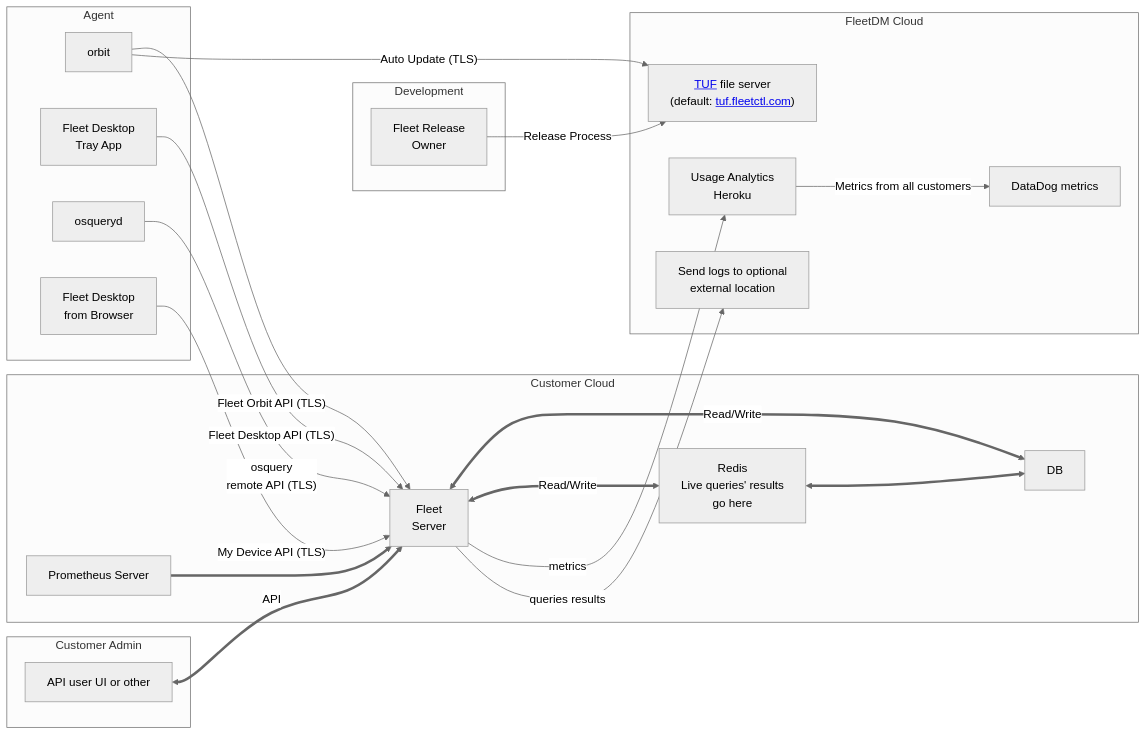
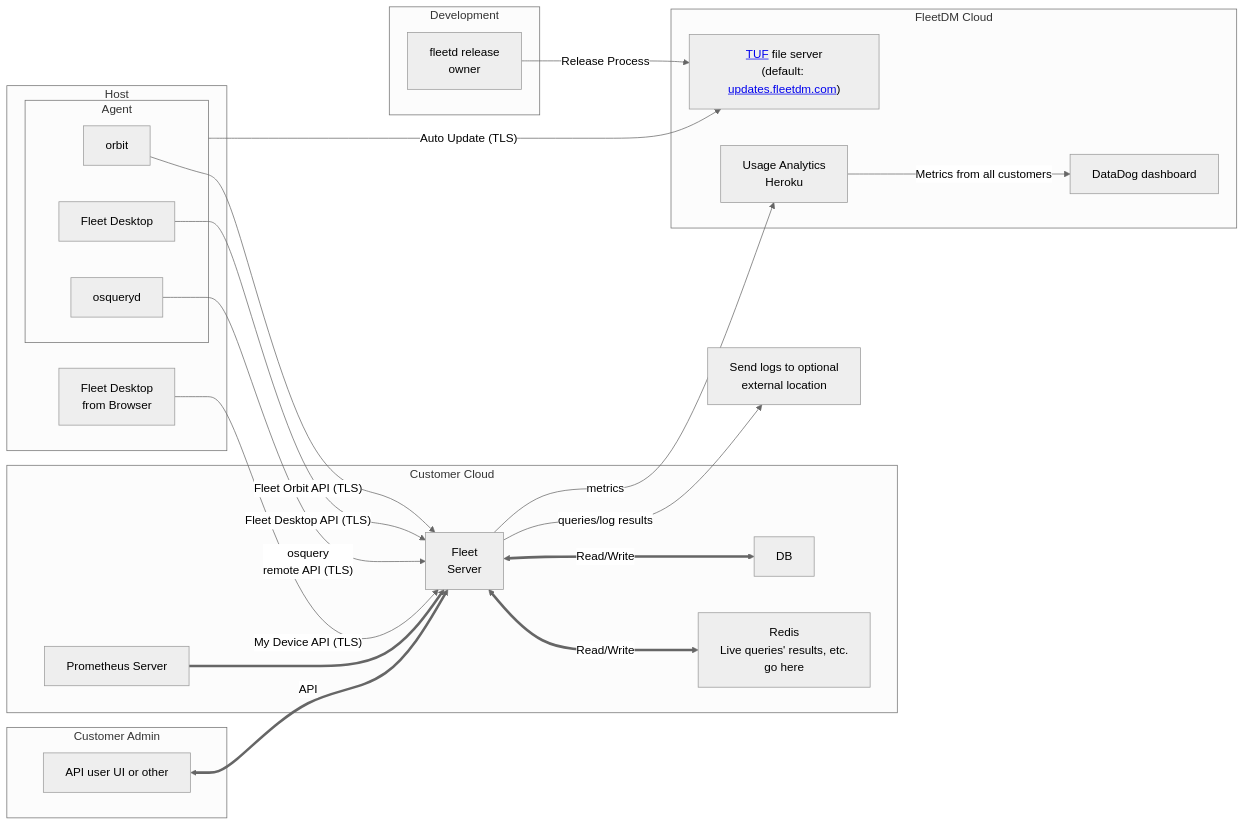
Before and after one commit to fleetdm/fleet: the first of 7 diagrams in docs/Contributing/high-level-architecture.md, drawn with Mermaid (neutral theme).

Commit message:
Tweaks to high level diagram.

````diff
--- a/docs/Contributing/high-level-architecture.md
+++ b/docs/Contributing/high-level-architecture.md
@@ -12,54 +12,56 @@
 ```mermaid
 graph LR;
     
     subgraph Development
-        fleet_release_owner[Fleet Release<br>Owner];
+        fleet_release_owner[fleetd release<br>owner];
     end
 
-    subgraph Agent
-        orbit[orbit];
-        desktop[Fleet Desktop<br>Tray App];
-        osqueryd[osqueryd];
+    subgraph Host
+        subgraph Agent
+            orbit[orbit];
+            desktop[Fleet Desktop];
+            osqueryd[osqueryd];
+        end
         desktop_browser[Fleet Desktop<br> from Browser];
     end
 
     subgraph Customer Cloud
         fleet_server[Fleet<br>Server];
         db[DB];
-        redis[Redis<br>Live queries' results <br>go here];
+        redis[Redis<br>Live queries' results, etc. <br>go here];
         prometheus[Prometheus Server];
     end
 
     subgraph FleetDM Cloud
-        tuf["<a href=https://theupdateframework.io/>TUF</a> file server<br>(default: <a href=https://tuf.fleetctl.com>tuf.fleetctl.com</a>)"];
-        datadog[DataDog metrics]
+        tuf["<a href=https://theupdateframework.io/>TUF</a> file server<br>(default: <a href=https://updates.fleetdm.com>updates.fleetdm.com</a>)"];
+        datadog[DataDog dashboard]
         heroku[Usage Analytics<br>Heroku]
-        log[Send logs to optional<br> external location]
     end
+
+    log[Send logs to optional<br> external location]
 
     subgraph Customer Admin
         frontend[API user UI or other]
     end
 
 
     fleet_release_owner -- "Release Process" --> tuf;
 
     orbit -- "Fleet Orbit API (TLS)" --> fleet_server;
-    orbit -- "Auto Update (TLS)" --> tuf;
+    Agent -- "Auto Update (TLS)" --> tuf;
     desktop -- "Fleet Desktop API (TLS)" --> fleet_server;
     osqueryd -- "osquery<br>remote API (TLS)" --> fleet_server;
     desktop_browser -- "My Device API (TLS)" --> fleet_server;
 
     heroku -- "Metrics from all customers" --> datadog;
 
     fleet_server <== "Read/Write" ==> db;
     fleet_server <== "Read/Write" ==> redis;
-    redis <==> db;
 
     prometheus ==> fleet_server;
     fleet_server -- "metrics" --> heroku;
-    fleet_server -- "queries results" --> log;
+    fleet_server -- "queries/log results" --> log;
 
     frontend <== "API" ==> fleet_server;
 
 ```
````
